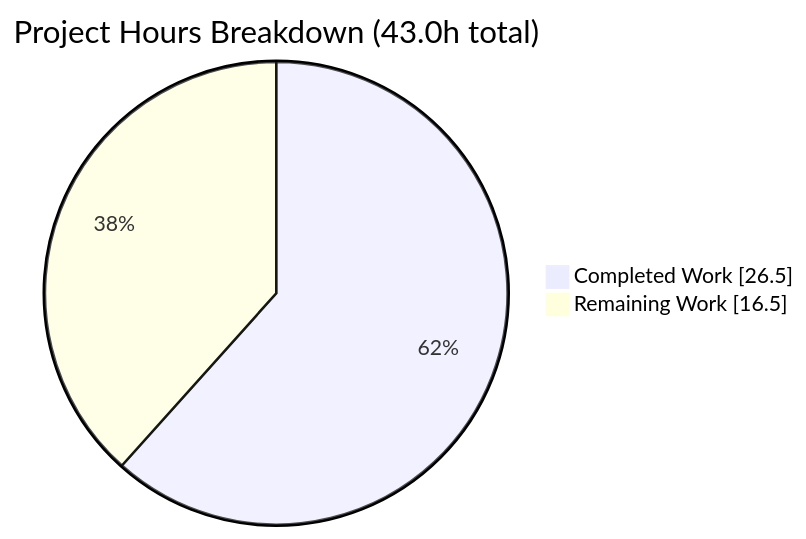
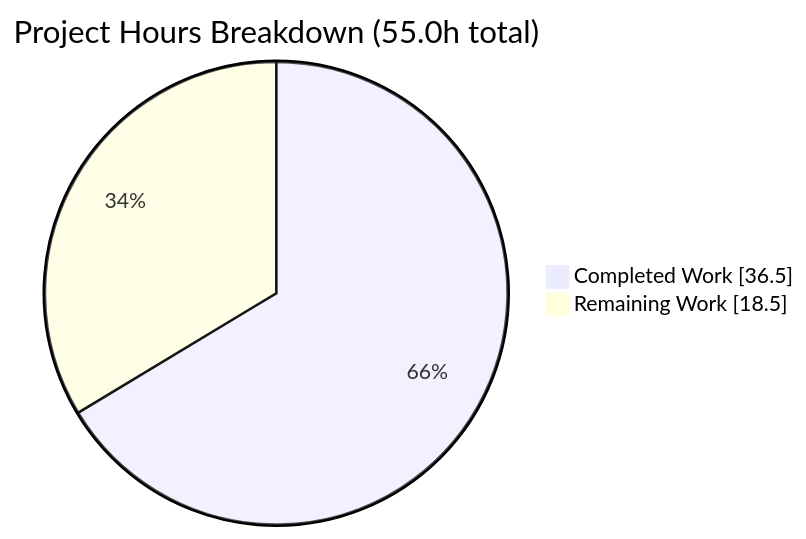
The second of 4 diagrams in blitzy/documentation/Project Guide.md (rjhonsi/BlitzyRepo1), drawn with Mermaid before and after one commit. The commit also changed other lines of this file, not shown here.

Commit message:
Adding Blitzy Project Guide: Project Status and Human Tasks Remaining

````diff
--- a/blitzy/documentation/Project Guide.md
+++ b/blitzy/documentation/Project Guide.md
@@ -231,5 +237,5 @@
 ```mermaid
-pie showData title Project Hours Breakdown (43.0h total)
-    "Completed Work" : 26.5
-    "Remaining Work" : 16.5
+pie showData title Project Hours Breakdown (55.0h total)
+    "Completed Work" : 36.5
+    "Remaining Work" : 18.5
 ```
````
